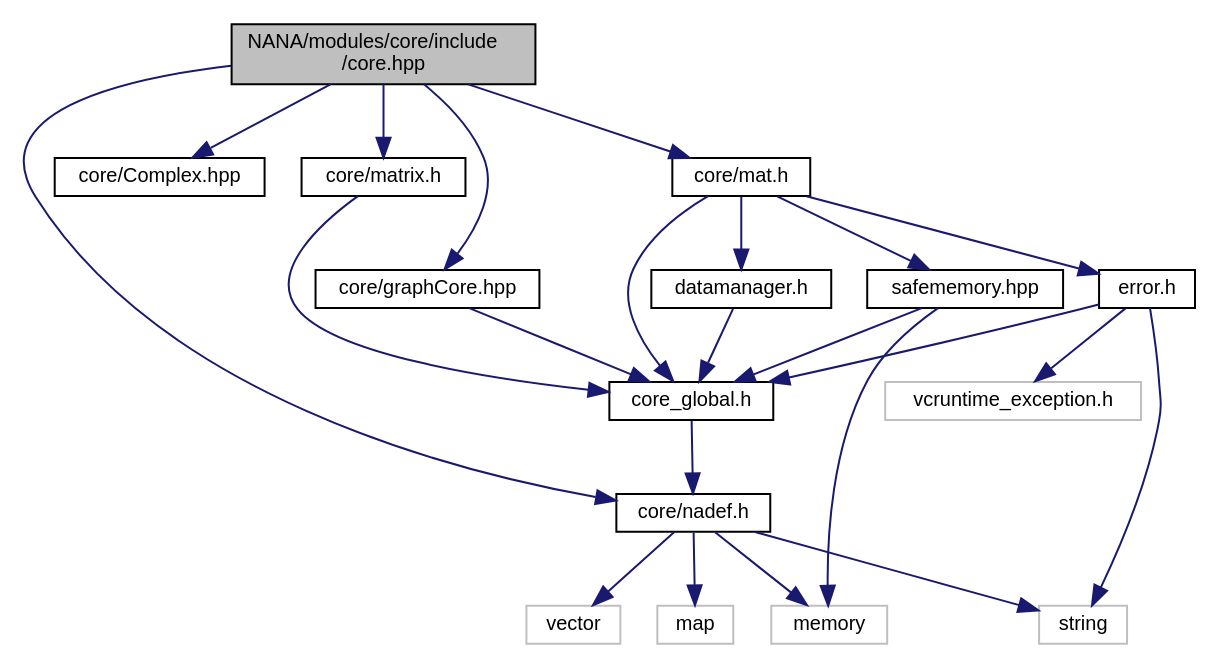
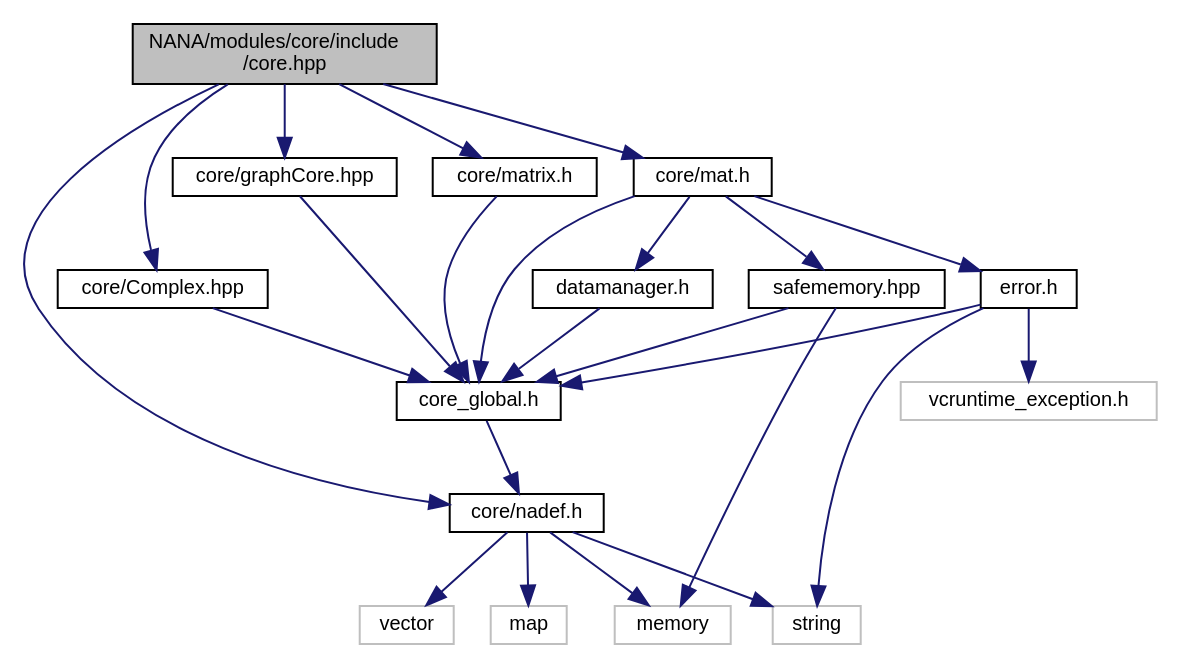
Before and after one commit to YuruTu/NANA: the diagram in docs/core_8hpp__incl.dot, drawn with Graphviz. The commit also changed 149 other files, not shown here.

```diff
--- a/docs/core_8hpp__incl.dot
+++ b/docs/core_8hpp__incl.dot
@@ -1,43 +1,44 @@
 digraph "NANA/modules/core/include/core.hpp"
 {
  // LATEX_PDF_SIZE
   edge [fontname="Helvetica",fontsize="10",labelfontname="Helvetica",labelfontsize="10"];
   node [fontname="Helvetica",fontsize="10",shape=record];
   Node1 [label="NANA/modules/core/include\l/core.hpp",height=0.2,width=0.4,color="black", fillcolor="grey75", style="filled", fontcolor="black",tooltip="包含基本的数据结构等"];
   Node1 -> Node2 [color="midnightblue",fontsize="10",style="solid",fontname="Helvetica"];
   Node2 [label="core/nadef.h",height=0.2,width=0.4,color="black", fillcolor="white", style="filled",URL="$nadef_8h.html",tooltip="数值分析所依赖的定义"];
   Node2 -> Node3 [color="midnightblue",fontsize="10",style="solid",fontname="Helvetica"];
   Node3 [label="vector",height=0.2,width=0.4,color="grey75", fillcolor="white", style="filled",tooltip=" "];
   Node2 -> Node4 [color="midnightblue",fontsize="10",style="solid",fontname="Helvetica"];
   Node4 [label="string",height=0.2,width=0.4,color="grey75", fillcolor="white", style="filled",tooltip=" "];
   Node2 -> Node5 [color="midnightblue",fontsize="10",style="solid",fontname="Helvetica"];
   Node5 [label="map",height=0.2,width=0.4,color="grey75", fillcolor="white", style="filled",tooltip=" "];
   Node2 -> Node6 [color="midnightblue",fontsize="10",style="solid",fontname="Helvetica"];
   Node6 [label="memory",height=0.2,width=0.4,color="grey75", fillcolor="white", style="filled",tooltip=" "];
   Node1 -> Node7 [color="midnightblue",fontsize="10",style="solid",fontname="Helvetica"];
   Node7 [label="core/Complex.hpp",height=0.2,width=0.4,color="black", fillcolor="white", style="filled",URL="$_complex_8hpp.html",tooltip="实现复数"];
-  Node1 -> Node8 [color="midnightblue",fontsize="10",style="solid",fontname="Helvetica"];
-  Node8 [label="core/graphCore.hpp",height=0.2,width=0.4,color="black", fillcolor="white", style="filled",URL="$graph_core_8hpp.html",tooltip="为图论算法实现的基本数据结构"];
-  Node8 -> Node9 [color="midnightblue",fontsize="10",style="solid",fontname="Helvetica"];
-  Node9 [label="core_global.h",height=0.2,width=0.4,color="black", fillcolor="white", style="filled",URL="$core__global_8h.html",tooltip="全局头文件"];
-  Node9 -> Node2 [color="midnightblue",fontsize="10",style="solid",fontname="Helvetica"];
+  Node7 -> Node8 [color="midnightblue",fontsize="10",style="solid",fontname="Helvetica"];
+  Node8 [label="core_global.h",height=0.2,width=0.4,color="black", fillcolor="white", style="filled",URL="$core__global_8h.html",tooltip="全局头文件"];
+  Node8 -> Node2 [color="midnightblue",fontsize="10",style="solid",fontname="Helvetica"];
+  Node1 -> Node9 [color="midnightblue",fontsize="10",style="solid",fontname="Helvetica"];
+  Node9 [label="core/graphCore.hpp",height=0.2,width=0.4,color="black", fillcolor="white", style="filled",URL="$graph_core_8hpp.html",tooltip="为图论算法实现的基本数据结构"];
+  Node9 -> Node8 [color="midnightblue",fontsize="10",style="solid",fontname="Helvetica"];
   Node1 -> Node10 [color="midnightblue",fontsize="10",style="solid",fontname="Helvetica"];
   Node10 [label="core/matrix.h",height=0.2,width=0.4,color="black", fillcolor="white", style="filled",URL="$matrix_8h.html",tooltip="简单矩阵类(效率不高，但易于理解，很多时候会触发复制构造函数)，不同于Mat"];
-  Node10 -> Node9 [color="midnightblue",fontsize="10",style="solid",fontname="Helvetica"];
+  Node10 -> Node8 [color="midnightblue",fontsize="10",style="solid",fontname="Helvetica"];
   Node1 -> Node11 [color="midnightblue",fontsize="10",style="solid",fontname="Helvetica"];
   Node11 [label="core/mat.h",height=0.2,width=0.4,color="black", fillcolor="white", style="filled",URL="$mat_8h.html",tooltip="实现一个用于矩阵运算的模板类(仍在实现当中)"];
-  Node11 -> Node9 [color="midnightblue",fontsize="10",style="solid",fontname="Helvetica"];
+  Node11 -> Node8 [color="midnightblue",fontsize="10",style="solid",fontname="Helvetica"];
   Node11 -> Node12 [color="midnightblue",fontsize="10",style="solid",fontname="Helvetica"];
   Node12 [label="error.h",height=0.2,width=0.4,color="black", fillcolor="white", style="filled",URL="$error_8h.html",tooltip="用于抛出异常"];
-  Node12 -> Node9 [color="midnightblue",fontsize="10",style="solid",fontname="Helvetica"];
+  Node12 -> Node8 [color="midnightblue",fontsize="10",style="solid",fontname="Helvetica"];
   Node12 -> Node13 [color="midnightblue",fontsize="10",style="solid",fontname="Helvetica"];
   Node13 [label="vcruntime_exception.h",height=0.2,width=0.4,color="grey75", fillcolor="white", style="filled",tooltip=" "];
   Node12 -> Node4 [color="midnightblue",fontsize="10",style="solid",fontname="Helvetica"];
   Node11 -> Node14 [color="midnightblue",fontsize="10",style="solid",fontname="Helvetica"];
   Node14 [label="datamanager.h",height=0.2,width=0.4,color="black", fillcolor="white", style="filled",URL="$datamanager_8h.html",tooltip="实现一个数据管理器"];
-  Node14 -> Node9 [color="midnightblue",fontsize="10",style="solid",fontname="Helvetica"];
+  Node14 -> Node8 [color="midnightblue",fontsize="10",style="solid",fontname="Helvetica"];
   Node11 -> Node15 [color="midnightblue",fontsize="10",style="solid",fontname="Helvetica"];
   Node15 [label="safememory.hpp",height=0.2,width=0.4,color="black", fillcolor="white", style="filled",URL="$safememory_8hpp.html",tooltip="实现安全的内存管理"];
-  Node15 -> Node9 [color="midnightblue",fontsize="10",style="solid",fontname="Helvetica"];
+  Node15 -> Node8 [color="midnightblue",fontsize="10",style="solid",fontname="Helvetica"];
   Node15 -> Node6 [color="midnightblue",fontsize="10",style="solid",fontname="Helvetica"];
 }
```
